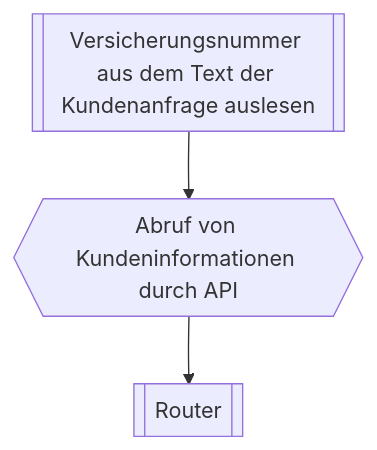
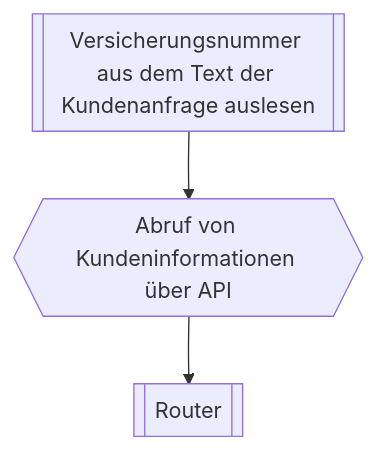
Before and after one commit to FausztBenedek/fcb-presentation-ki-workflow: the second of 10 diagrams in slides.md, drawn with Mermaid. The commit also changed other lines of this file, not shown here.

````diff
--- a/slides.md
+++ b/slides.md
@@ -280,9 +275,8 @@
 ```mermaid
 graph TD
   customer_data_extract[["Versicherungsnummer aus dem Text der Kundenanfrage auslesen"]]
-  fetch_customer_details{{"Abruf von Kundeninformationen durch API"}}
+  fetch_customer_details{{"Abruf von Kundeninformationen über API"}}
   router[["Router"]]
   customer_data_extract --> fetch_customer_details
   fetch_customer_details --> router
-
 ```
````
